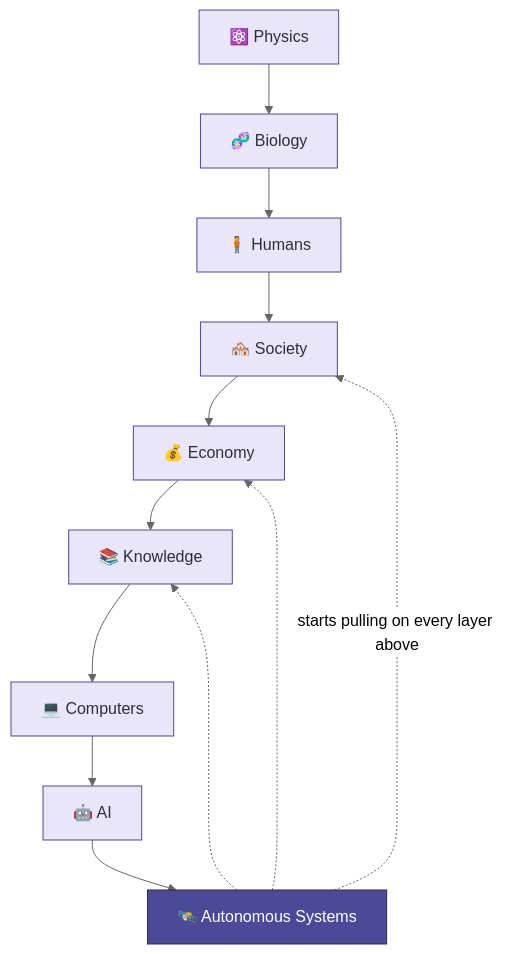
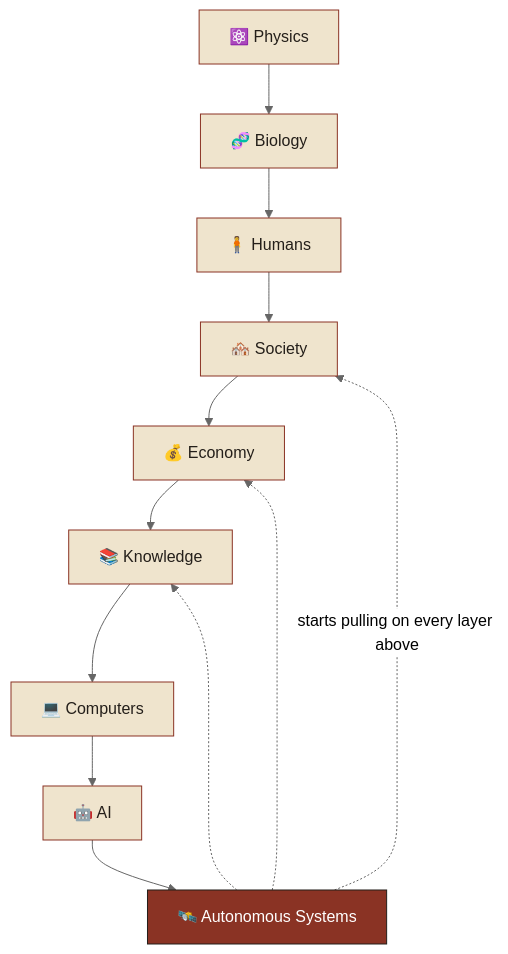
The third of 4 diagrams in blog/2026-05-16-quest-for-agi/index.qmd (kader-xai/kader-xai.github.io), drawn with Mermaid (neutral theme) before and after one commit. The commit also changed other lines of this file and 12 other files, not shown here.

````diff
--- a/blog/2026-05-16-quest-for-agi/index.qmd
+++ b/blog/2026-05-16-quest-for-agi/index.qmd
@@ -197,20 +197,20 @@
 ```{mermaid}
 flowchart TD
     P["⚛️ Physics"]:::stack
     B["🧬 Biology"]:::stack
     HU["🧍 Humans"]:::stack
     S["🏘️ Society"]:::stack
     E["💰 Economy"]:::stack
     K["📚 Knowledge"]:::stack
     C["💻 Computers"]:::stack
     AI["🤖 AI"]:::stack
     AU["🛰️ Autonomous Systems"]:::final
 
     P --> B --> HU --> S --> E --> K --> C --> AI --> AU
     AU -. "starts pulling on every layer above" .-> S
     AU -. " " .-> K
     AU -. " " .-> E
 
-    classDef stack fill:#E8E6F8,stroke:#4C4A98,color:#2d2d3a;
-    classDef final fill:#4C4A98,stroke:#2d2d3a,color:#ffffff;
+    classDef stack fill:#efe4cd,stroke:#8a3324,color:#241f1a;
+    classDef final fill:#8a3324,stroke:#241f1a,color:#ffffff;
 ```
````
